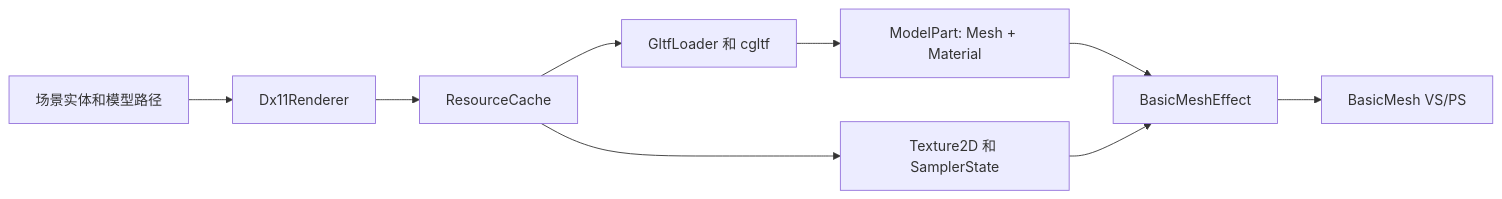
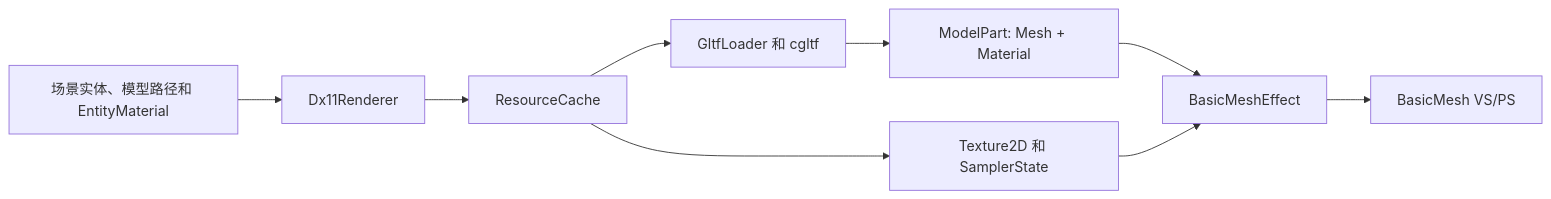
One commit to ELPSYKONGR/LRenderDemo changed the diagram in docs/model-import-and-material.md. Above: the diagram before and after it, drawn with Mermaid. The commit also changed other lines of this file and 22 other files, not shown here.

Commit message:
feat: 增加实体材质编辑和贴图控制

````diff
--- a/docs/model-import-and-material.md
+++ b/docs/model-import-and-material.md
@@ -8,11 +8,11 @@
 ```mermaid
 graph LR
-    Scene[场景实体和模型路径] --> Renderer[Dx11Renderer]
+    Scene[场景实体、模型路径和 EntityMaterial] --> Renderer[Dx11Renderer]
     Renderer --> Cache[ResourceCache]
     Cache --> Loader[GltfLoader 和 cgltf]
     Loader --> Model[ModelPart: Mesh + Material]
     Cache --> Texture[Texture2D 和 SamplerState]
     Model --> Effect[BasicMeshEffect]
     Texture --> Effect
     Effect --> Shader[BasicMesh VS/PS]
 ```
````
